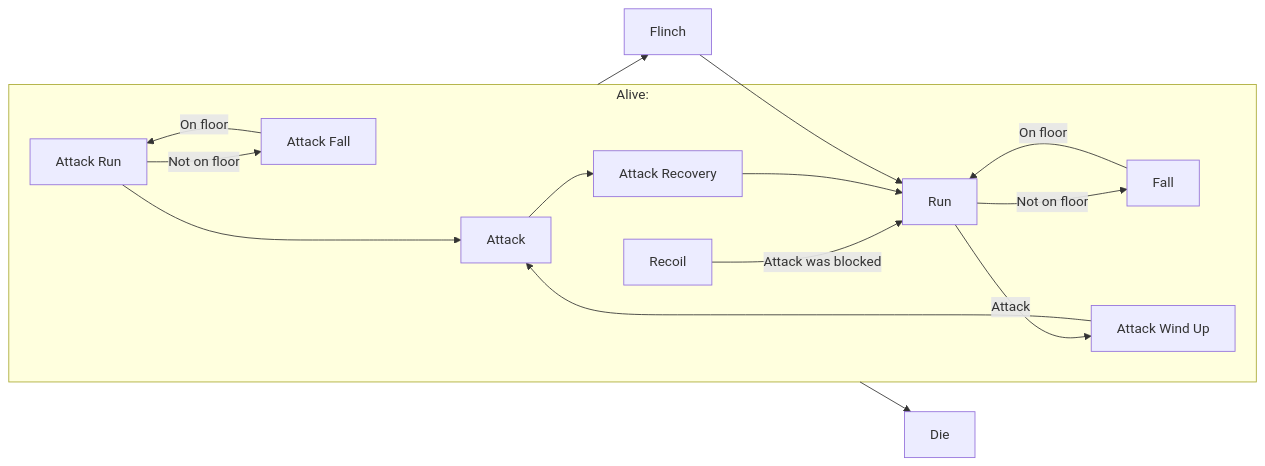
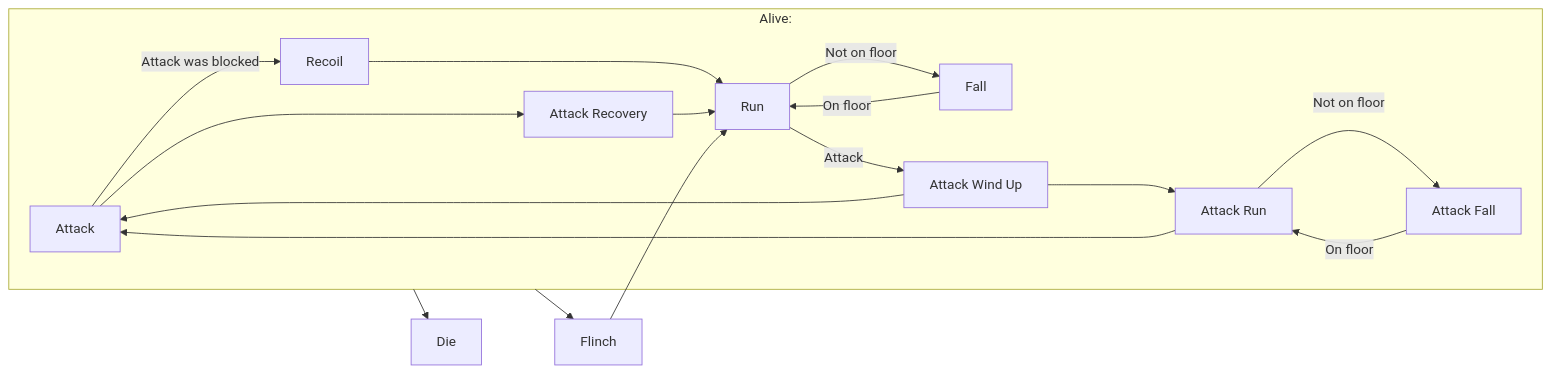
The first of 2 diagrams in Nodes/doc/Characters/Enemies/Puppet/PuppetCharacter.md (lenzge/Epiales), drawn with Mermaid before and after one commit.

````diff
--- a/Nodes/doc/Characters/Enemies/Puppet/PuppetCharacter.md
+++ b/Nodes/doc/Characters/Enemies/Puppet/PuppetCharacter.md
@@ -70,26 +70,28 @@
 ```mermaid
         flowchart LR
             subgraph alive[Alive:]
                 Atk[Attack]
                 AtkRun[Attack Run]
                 AtkFall[Attack Fall]
                 Run
                 Fall
                 Recoil
                 AtkWUP[Attack Wind Up]
                 AtkRec[Attack Recovery]
                 Run --Not on floor--> Fall
                 Fall --On floor--> Run
                 AtkRun --Not on floor--> AtkFall
                 AtkFall --On floor--> AtkRun
-                Recoil --Attack was blocked--> Run
+                Atk --Attack was blocked--> Recoil
+                Recoil ----> Run
                 AtkWUP ---->  Atk
+                AtkWUP ---->  AtkRun
                 Atk --> AtkRec
                 AtkRec --> Run
                 Run --Attack-->  AtkWUP
                 AtkRun ---->  Atk
             end
         alive --> Flinch
         Flinch --> Run
         alive ---> Die
 ```
````
